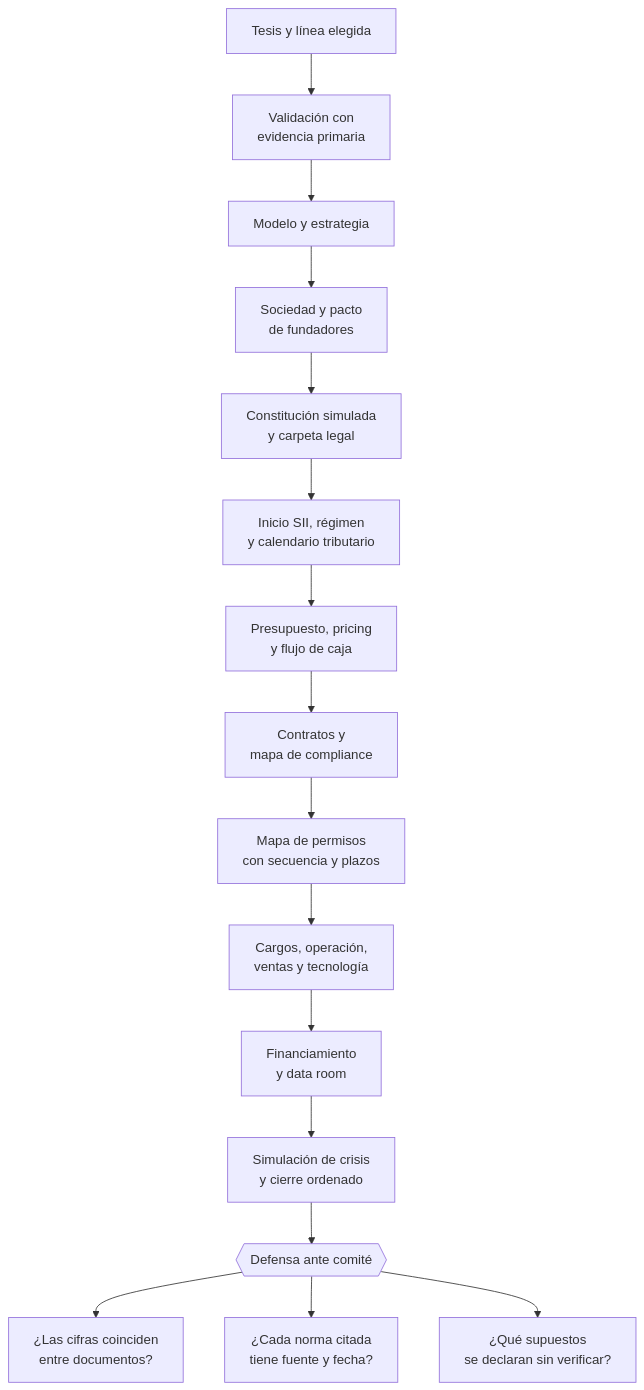
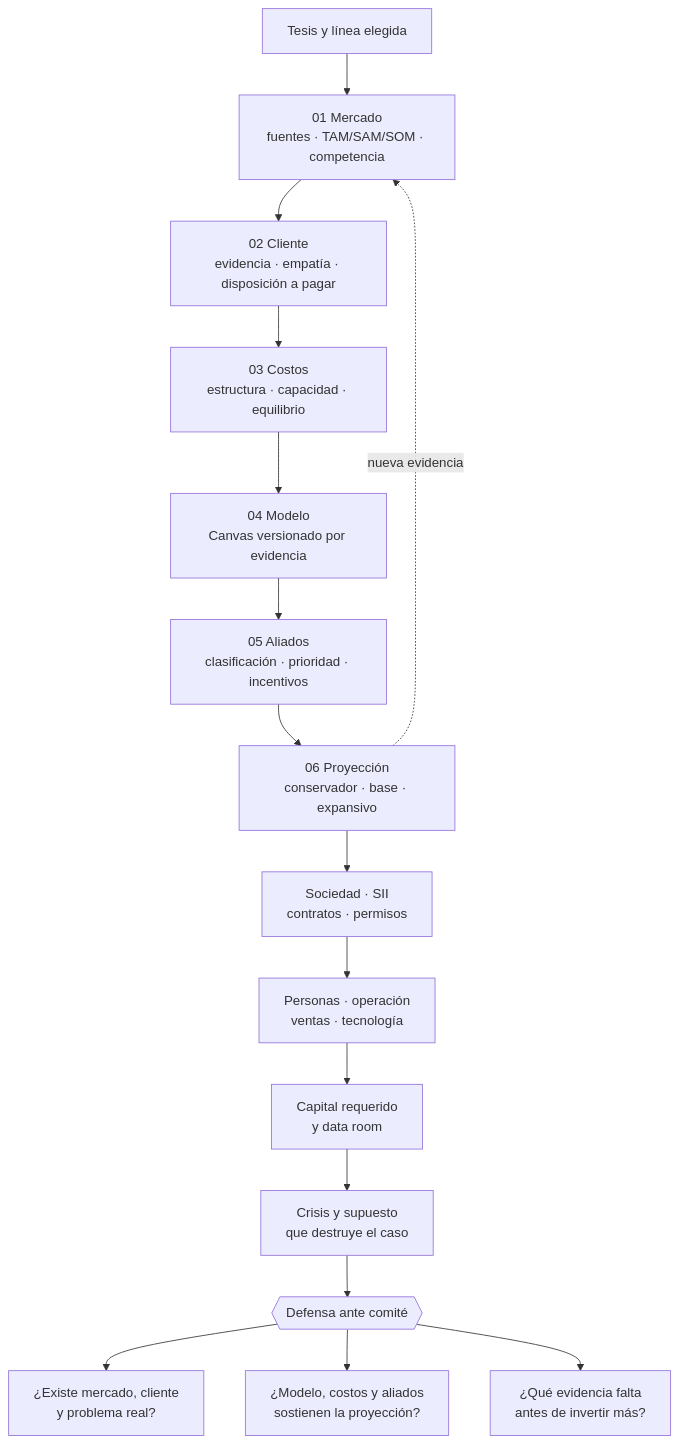
Before and after one commit to vladimiracunadev-create/modern-business-creation-program: the diagram in curriculum/part-24-capstone-construir-una-empresa-de-comienzo-a-fin/README.md, drawn with Mermaid. The commit also changed other lines of this file and 48 other files, not shown here.

````diff
--- a/curriculum/part-24-capstone-construir-una-empresa-de-comienzo-a-fin/README.md
+++ b/curriculum/part-24-capstone-construir-una-empresa-de-comienzo-a-fin/README.md
@@ -30,18 +30,18 @@
 ```mermaid
 flowchart TB
-    T["Tesis y línea elegida"] --> V["Validación con<br/>evidencia primaria"]
-    V --> M["Modelo y estrategia"]
-    M --> S["Sociedad y pacto<br/>de fundadores"]
-    S --> C["Constitución simulada<br/>y carpeta legal"]
-    C --> SII["Inicio SII, régimen<br/>y calendario tributario"]
-    SII --> F["Presupuesto, pricing<br/>y flujo de caja"]
-    F --> CO["Contratos y<br/>mapa de compliance"]
-    CO --> P["Mapa de permisos<br/>con secuencia y plazos"]
-    P --> O["Cargos, operación,<br/>ventas y tecnología"]
-    O --> FIN["Financiamiento<br/>y data room"]
-    FIN --> CR["Simulación de crisis<br/>y cierre ordenado"]
+    T["Tesis y línea elegida"] --> MKT["01 Mercado<br/>fuentes · TAM/SAM/SOM · competencia"]
+    MKT --> CLI["02 Cliente<br/>evidencia · empatía · disposición a pagar"]
+    CLI --> COS["03 Costos<br/>estructura · capacidad · equilibrio"]
+    COS --> MOD["04 Modelo<br/>Canvas versionado por evidencia"]
+    MOD --> ALI["05 Aliados<br/>clasificación · prioridad · incentivos"]
+    ALI --> PROY["06 Proyección<br/>conservador · base · expansivo"]
+    PROY --> LEG["Sociedad · SII<br/>contratos · permisos"]
+    LEG --> OPS["Personas · operación<br/>ventas · tecnología"]
+    OPS --> FIN["Capital requerido<br/>y data room"]
+    FIN --> CR["Crisis y supuesto<br/>que destruye el caso"]
     CR --> DEF{{"Defensa ante comité"}}
-    DEF --> Q1["¿Las cifras coinciden<br/>entre documentos?"]
-    DEF --> Q2["¿Cada norma citada<br/>tiene fuente y fecha?"]
-    DEF --> Q3["¿Qué supuestos<br/>se declaran sin verificar?"]
+    DEF --> Q1["¿Existe mercado, cliente<br/>y problema real?"]
+    DEF --> Q2["¿Modelo, costos y aliados<br/>sostienen la proyección?"]
+    DEF --> Q3["¿Qué evidencia falta<br/>antes de invertir más?"]
+    PROY -. nueva evidencia .-> MKT
 ```
````
